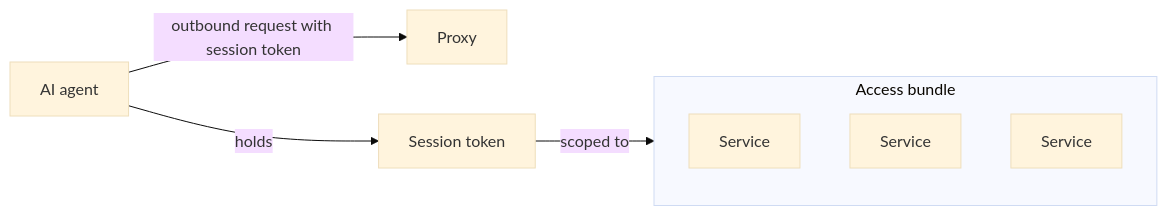
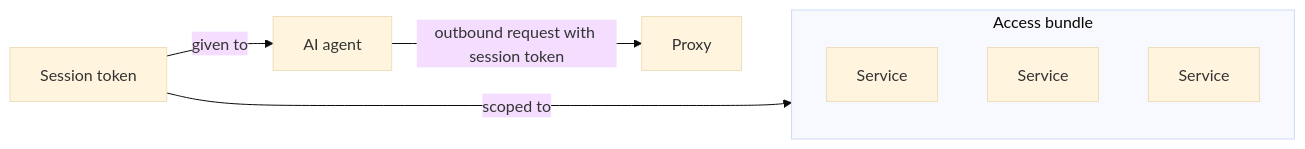
Before and after one commit to Infisical/infisical: the fifth of 6 diagrams in docs/documentation/platform/agent-vault/how-it-works.mdx, drawn with Mermaid (base theme). The commit also changed other lines of this file, not shown here.

````diff
--- a/docs/documentation/platform/agent-vault/how-it-works.mdx
+++ b/docs/documentation/platform/agent-vault/how-it-works.mdx
@@ -157,11 +157,12 @@
     ```mermaid
     flowchart LR
       agent["AI agent"] -->|"outbound request with session token"| proxy["Proxy"]
-      agent -->|"holds"| token["Session token"]
+      token["Session token"] -->|"given to"| agent
+      proxy ~~~ bundle
       token -->|"scoped to"| bundle
       subgraph bundle["Access bundle"]
         s1["Service"]
         s2["Service"]
         s3["Service"]
       end
     ```
````
